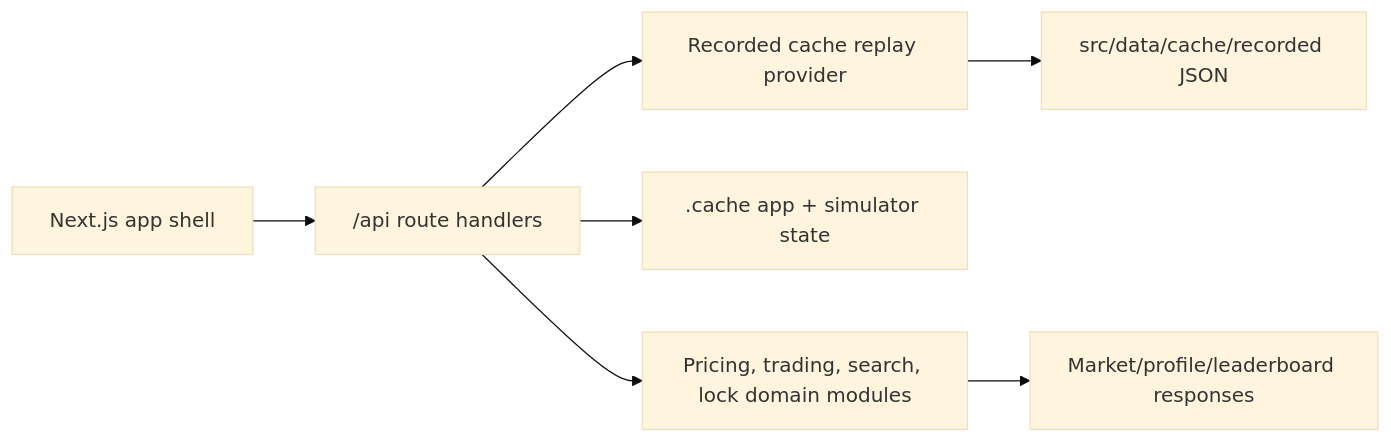
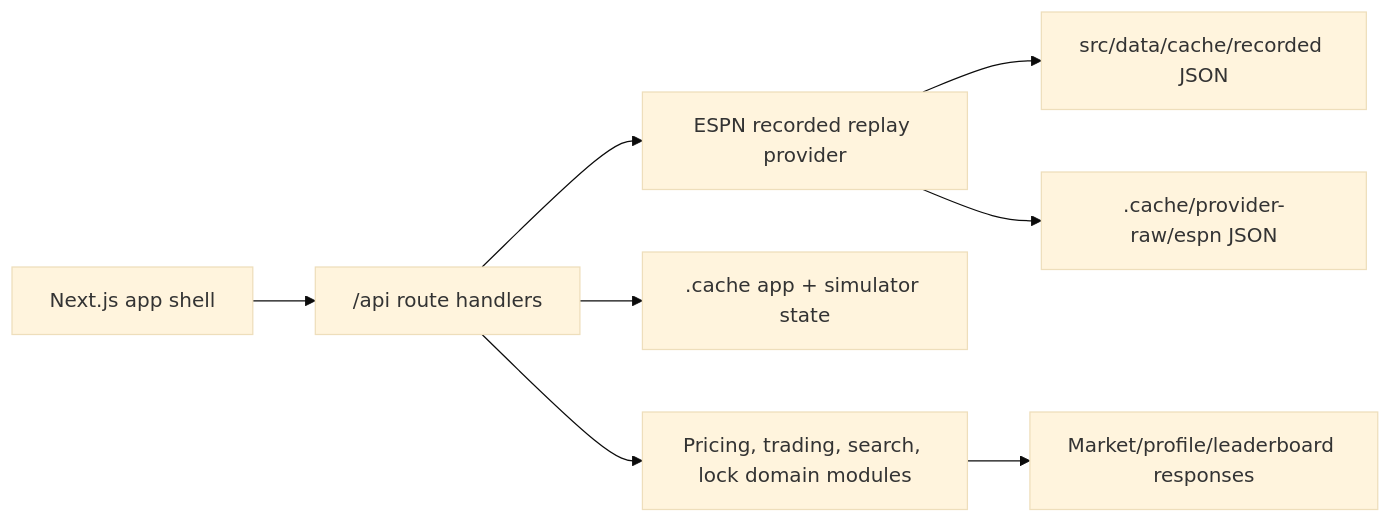
One commit to mkodithuwakku/Hoopfolio changed the first of 3 diagrams in docs/02-architecture.md. Above: the diagram before and after it, drawn with Mermaid (base theme). The commit also changed 10 other files, not shown here.

Commit message:
Add real ESPN NBA replay ingestion

````diff
--- a/docs/02-architecture.md
+++ b/docs/02-architecture.md
@@ -21,9 +21,10 @@
 ```mermaid
 flowchart LR
   Browser["Next.js app shell"] --> RouteHandlers["/api route handlers"]
-  RouteHandlers --> LocalReplay["Recorded cache replay provider"]
+  RouteHandlers --> LocalReplay["ESPN recorded replay provider"]
   LocalReplay --> ReplayFixture["src/data/cache/recorded JSON"]
+  LocalReplay --> RawCache[".cache/provider-raw/espn JSON"]
   RouteHandlers --> FileState[".cache app + simulator state"]
   RouteHandlers --> Domain["Pricing, trading, search, lock domain modules"]
   Domain --> Snapshot["Market/profile/leaderboard responses"]
 ```
````
